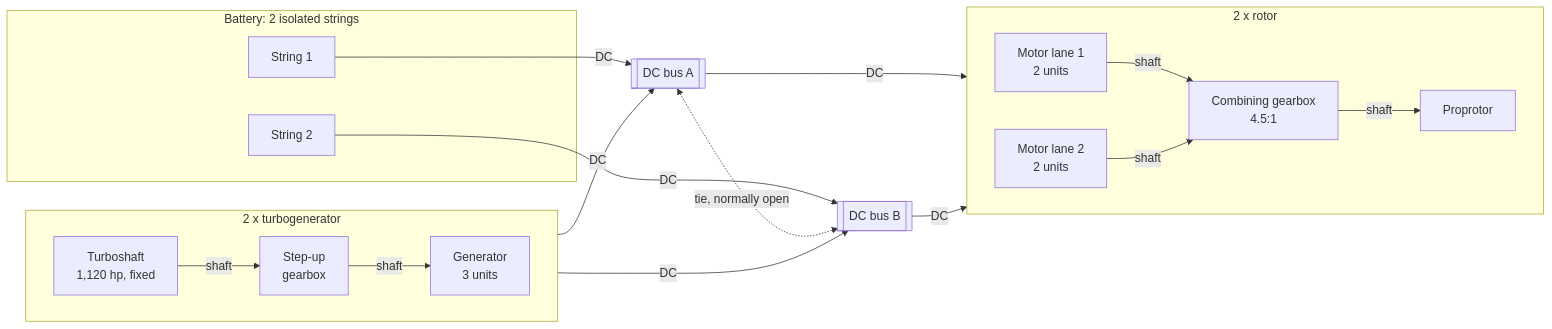
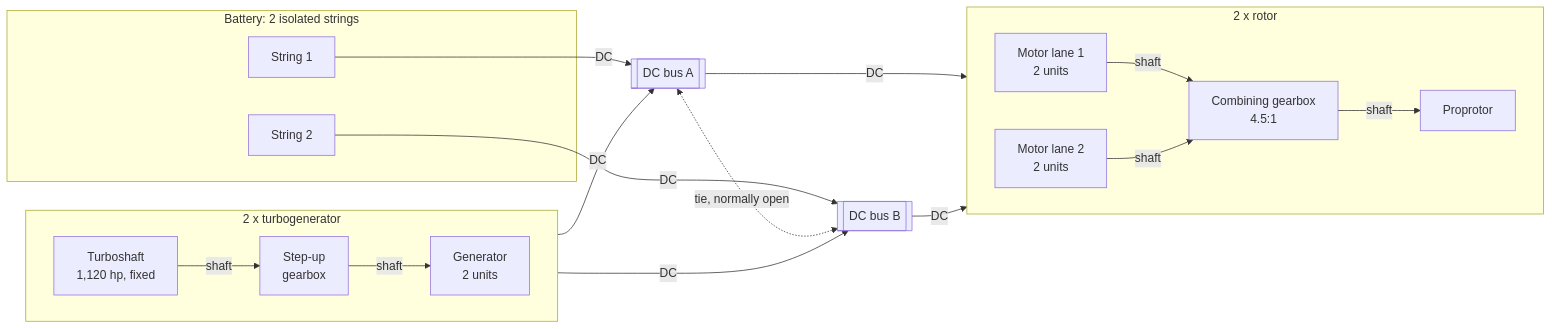
Before and after one commit to rootAmos/size_halo: the second of 2 diagrams in README.md, drawn with Mermaid. The commit also changed other lines of this file and 13 other files, not shown here.

````diff
--- a/README.md
+++ b/README.md
@@ -307,30 +332,30 @@
 ```mermaid
 flowchart LR
     subgraph TG["2 x turbogenerator"]
         direction LR
-        TS["Turboshaft<br/>1,120 hp, fixed"] -- "shaft" --> GBG["Step-up<br/>gearbox"] -- "shaft" --> GEN["Generator<br/>3 units"]
+        TS["Turboshaft<br/>1,120 hp, fixed"] -- "shaft" --> GBG["Step-up<br/>gearbox"] -- "shaft" --> GEN["Generator<br/>2 units"]
     end
     subgraph PACK["Battery: 2 isolated strings"]
         S1["String 1"]
         S2["String 2"]
     end
     BUSA[["DC bus A"]]
     BUSB[["DC bus B"]]
     GEN -- "DC" --> BUSA
     GEN -- "DC" --> BUSB
     S1 -- "DC" --> BUSA
     S2 -- "DC" --> BUSB
     BUSA <-. "tie, normally open" .-> BUSB
     subgraph ROTOR["2 x rotor"]
         direction LR
         LA["Motor lane 1<br/>2 units"]
         LB["Motor lane 2<br/>2 units"]
         GBR["Combining gearbox<br/>4.5:1"]
         PR["Proprotor"]
         LA -- "shaft" --> GBR
         LB -- "shaft" --> GBR
         GBR -- "shaft" --> PR
     end
     BUSA -- "DC" --> LA
     BUSB -- "DC" --> LB
 ```
````
